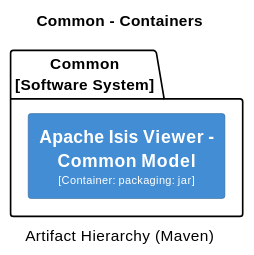
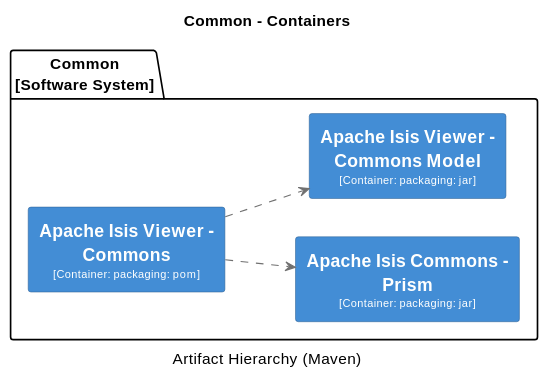
Before and after one commit to apache/causeway: diagram 14 of 31 in core/adoc/modules/_overview/pages/about.adoc, drawn with PlantUML. The commit also changed other lines of this file and 12 other files, not shown here.

```diff
--- a/core/adoc/modules/_overview/pages/about.adoc
+++ b/core/adoc/modules/_overview/pages/about.adoc
@@ -2632,25 +2632,39 @@
 [plantuml,Common,svg]
 ----
 @startuml(id=Common)
 title Common - Containers
 caption Artifact Hierarchy (Maven)
 
 skinparam {
   shadowing false
   arrowFontSize 10
   defaultTextAlignment center
   wrapWidth 200
   maxMessageSize 100
 }
 hide stereotype
 left to right direction
 skinparam rectangle<<2>> {
   BackgroundColor #438dd5
   FontColor #fffffe
   BorderColor #2E6295
 }
+skinparam rectangle<<3>> {
+  BackgroundColor #438dd5
+  FontColor #fffffe
+  BorderColor #2E6295
+}
+skinparam rectangle<<4>> {
+  BackgroundColor #438dd5
+  FontColor #fffffe
+  BorderColor #2E6295
+}
 package "Common\n[Software System]" {
-  rectangle "==Apache Isis Viewer - Common Model\n<size:10>[Container: packaging: jar]</size>" <<2>> as 2
+  rectangle "==Apache Isis Commons - Prism\n<size:10>[Container: packaging: jar]</size>" <<4>> as 4
+  rectangle "==Apache Isis Viewer - Commons\n<size:10>[Container: packaging: pom]</size>" <<2>> as 2
+  rectangle "==Apache Isis Viewer - Commons Model\n<size:10>[Container: packaging: jar]</size>" <<3>> as 3
 }
+2 .[#707070].> 4 : ""
+2 .[#707070].> 3 : ""
 @enduml
 ----
```
